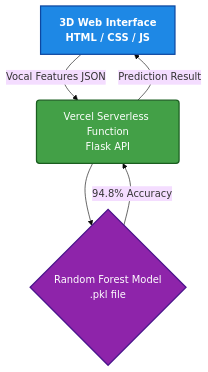
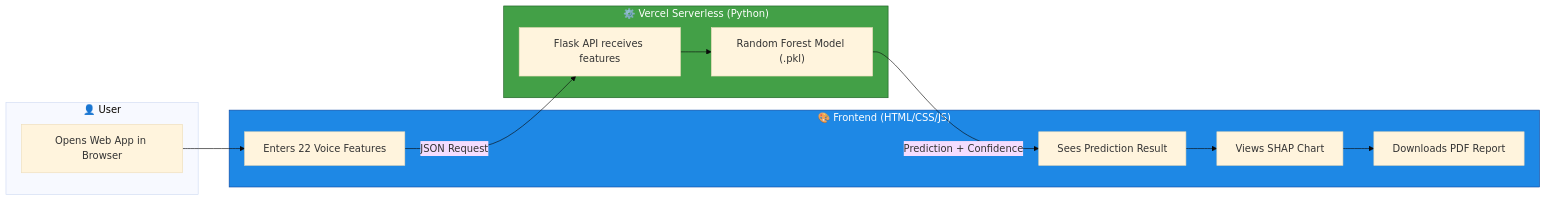
Before and after one commit to prateek0208/Parkinsons-Disease-Detection: the diagram in README.md, drawn with Mermaid (base theme). The commit also changed other lines of this file, not shown here.

````diff
--- a/README.md
+++ b/README.md
@@ -11,12 +48,28 @@
 ```mermaid
-graph TD
-    %% Define Styles
-    classDef ui fill:#1E88E5,stroke:#0D47A1,stroke-width:2px,color:white,font-weight:bold
-    classDef api fill:#43A047,stroke:#1B5E20,stroke-width:2px,color:white
-    classDef ml fill:#8E24AA,stroke:#4A148C,stroke-width:2px,color:white
-    
-    A[3D Web Interface<br/>HTML / CSS / JS]:::ui -->|Vocal Features JSON| B(Vercel Serverless Function<br/>Flask API):::api
-    B --> C{Random Forest Model<br/>.pkl file}:::ml
-    C -->|94.8% Accuracy| B
-    B -->|Prediction Result| A
+graph LR
+    subgraph User ["👤 User"]
+        A["Opens Web App in Browser"]
+    end
+
+    subgraph Frontend ["🎨 Frontend (HTML/CSS/JS)"]
+        B["Enters 22 Voice Features"]
+        F["Sees Prediction Result"]
+        G["Views SHAP Chart"]
+        H["Downloads PDF Report"]
+    end
+
+    subgraph Backend ["⚙️ Vercel Serverless (Python)"]
+        C["Flask API receives features"]
+        D["Random Forest Model (.pkl)"]
+    end
+
+    A --> B
+    B -->|"JSON Request"| C
+    C --> D
+    D -->|"Prediction + Confidence"| F
+    F --> G
+    G --> H
+
+    style Frontend fill:#1E88E5,stroke:#0D47A1,color:white
+    style Backend fill:#43A047,stroke:#1B5E20,color:white
 ```
````
